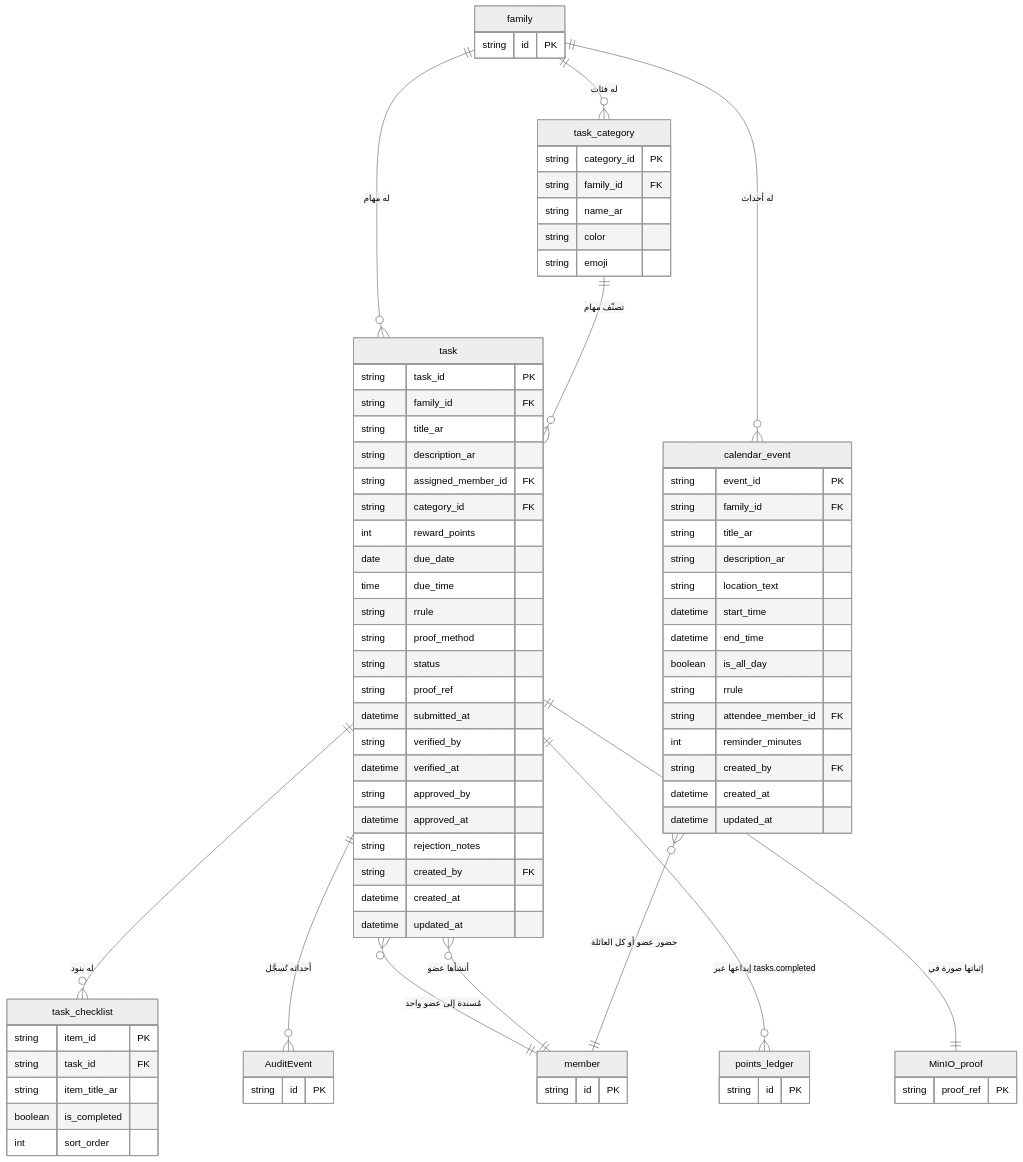
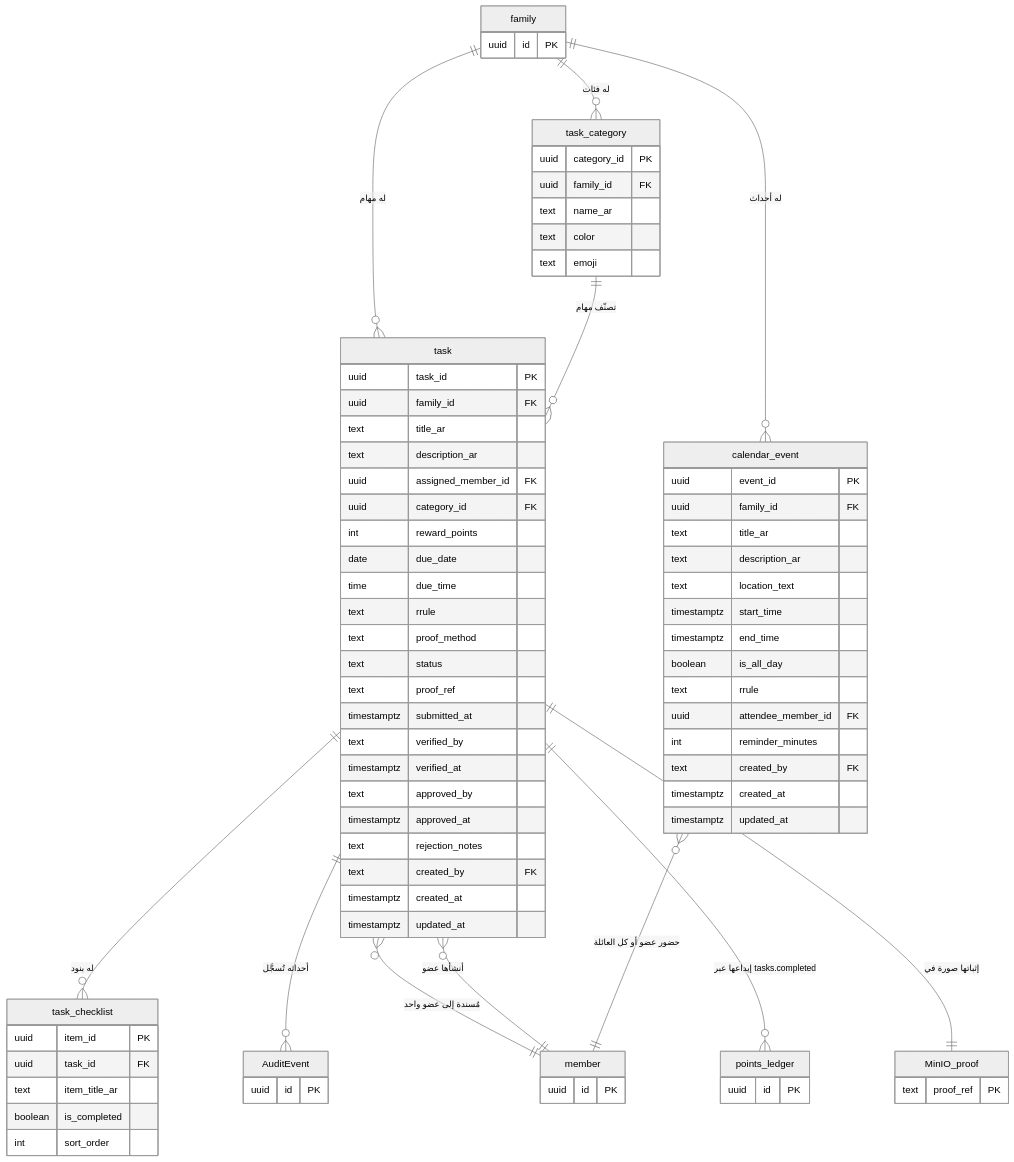
Before and after one commit to Bassam-mohammed-alqaeadi/family-os-v2: the second of 11 diagrams in docs/family-os/governance/phases/phase-1/S1-06-tasks-and-calendar/DIAGRAMS.md, drawn with Mermaid (neutral theme). The commit also changed 11 other files, not shown here.

Commit message:
Q-177: توحيد أنواع ERD (uuid/text/timestamptz) + ownership_transfer في ERD المعمارية

````diff
--- a/docs/family-os/governance/phases/phase-1/S1-06-tasks-and-calendar/DIAGRAMS.md
+++ b/docs/family-os/governance/phases/phase-1/S1-06-tasks-and-calendar/DIAGRAMS.md
@@ -91,72 +91,72 @@
     task ||--|| MinIO_proof : "إثباتها صورة في"
 
     task {
-        string task_id PK
-        string family_id FK
-        string title_ar
-        string description_ar
-        string assigned_member_id FK
-        string category_id FK
+        uuid task_id PK
+        uuid family_id FK
+        text title_ar
+        text description_ar
+        uuid assigned_member_id FK
+        uuid category_id FK
         int reward_points
         date due_date
         time due_time
-        string rrule
-        string proof_method
-        string status
-        string proof_ref
-        datetime submitted_at
-        string verified_by
-        datetime verified_at
-        string approved_by
-        datetime approved_at
-        string rejection_notes
-        string created_by FK
-        datetime created_at
-        datetime updated_at
+        text rrule
+        text proof_method
+        text status
+        text proof_ref
+        timestamptz submitted_at
+        text verified_by
+        timestamptz verified_at
+        text approved_by
+        timestamptz approved_at
+        text rejection_notes
+        text created_by FK
+        timestamptz created_at
+        timestamptz updated_at
     }
     task_checklist {
-        string item_id PK
-        string task_id FK
-        string item_title_ar
+        uuid item_id PK
+        uuid task_id FK
+        text item_title_ar
         boolean is_completed
         int sort_order
     }
     task_category {
-        string category_id PK
-        string family_id FK
-        string name_ar
-        string color
-        string emoji
+        uuid category_id PK
+        uuid family_id FK
+        text name_ar
+        text color
+        text emoji
     }
     calendar_event {
-        string event_id PK
-        string family_id FK
-        string title_ar
-        string description_ar
-        string location_text
-        datetime start_time
-        datetime end_time
+        uuid event_id PK
+        uuid family_id FK
+        text title_ar
+        text description_ar
+        text location_text
+        timestamptz start_time
+        timestamptz end_time
         boolean is_all_day
-        string rrule
-        string attendee_member_id FK
+        text rrule
+        uuid attendee_member_id FK
         int reminder_minutes
-        string created_by FK
-        datetime created_at
-        datetime updated_at
+        text created_by FK
+        timestamptz created_at
+        timestamptz updated_at
     }
     family {
-        string id PK
+        uuid id PK
     }
     member {
-        string id PK
+        uuid id PK
     }
     points_ledger {
-        string id PK
+        uuid id PK
     }
     AuditEvent {
-        string id PK
+        uuid id PK
     }
     MinIO_proof {
-        string proof_ref PK
+        text proof_ref PK
     }
 ```
````
